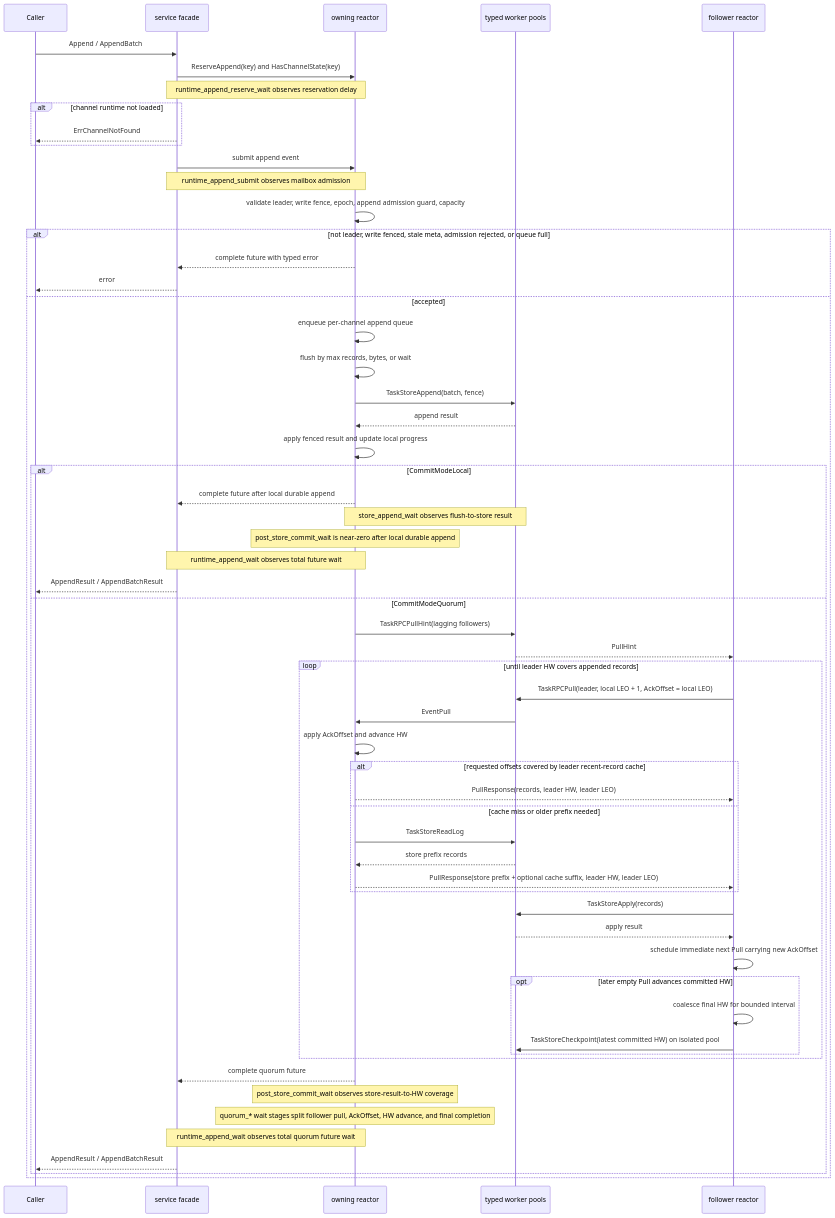
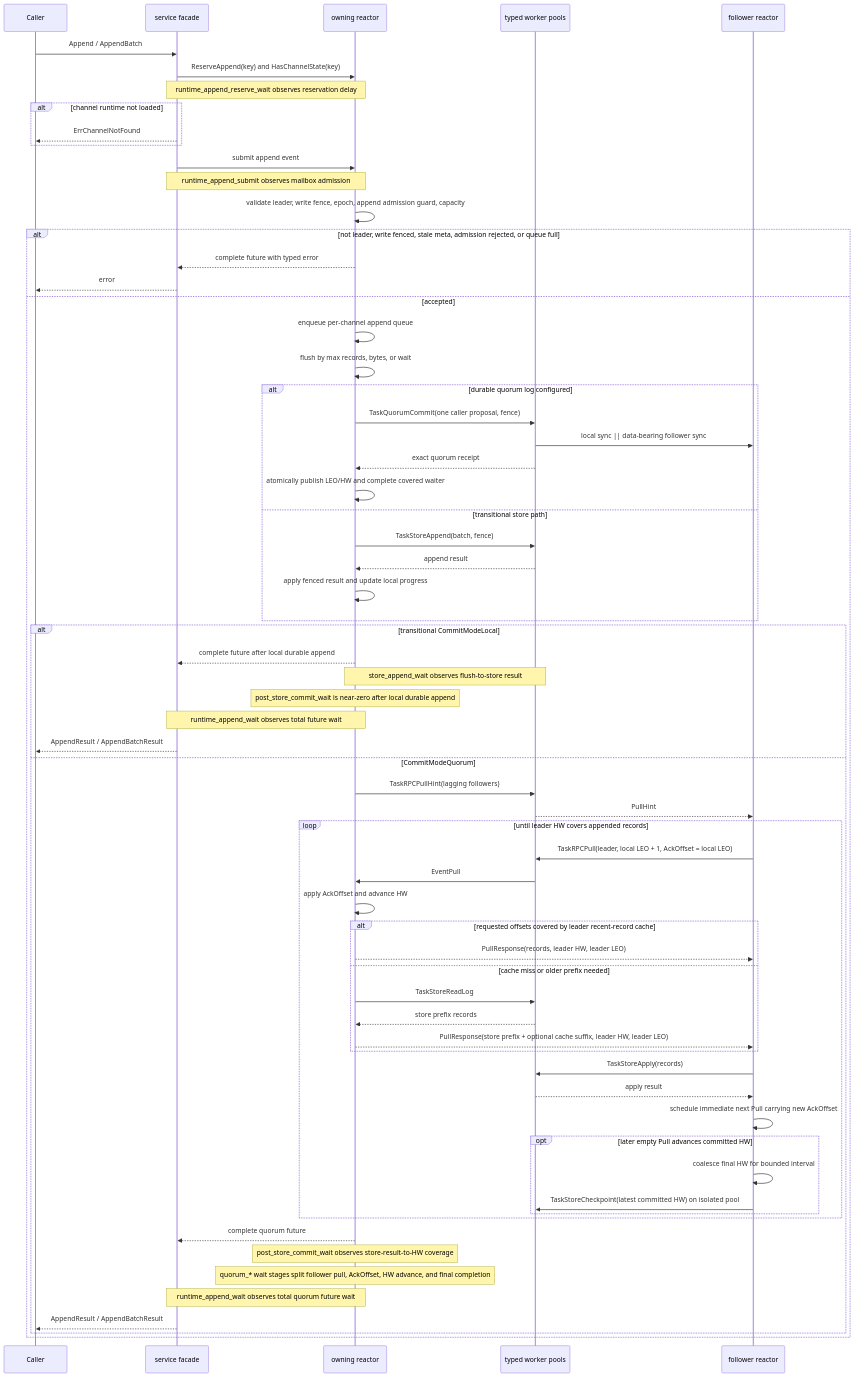
The first of 2 diagrams in pkg/channel/FLOW.md (WuKongIM/WuKongIM), drawn with Mermaid before and after one commit. The commit also changed other lines of this file and 27 other files, not shown here.

Commit message:
feat(channel): route leader appends through quorum log

````diff
--- a/pkg/channel/FLOW.md
+++ b/pkg/channel/FLOW.md
@@ -27,63 +27,70 @@
 ```mermaid
 sequenceDiagram
     participant Caller
     participant Service as service facade
     participant Reactor as owning reactor
     participant Workers as typed worker pools
     participant Follower as follower reactor
 
     Caller->>Service: Append / AppendBatch
     Service->>Reactor: ReserveAppend(key) and HasChannelState(key)
     Note over Service,Reactor: runtime_append_reserve_wait observes reservation delay
     alt channel runtime not loaded
         Service-->>Caller: ErrChannelNotFound
     end
     Service->>Reactor: submit append event
     Note over Service,Reactor: runtime_append_submit observes mailbox admission
     Reactor->>Reactor: validate leader, write fence, epoch, append admission guard, capacity
     alt not leader, write fenced, stale meta, admission rejected, or queue full
         Reactor-->>Service: complete future with typed error
         Service-->>Caller: error
     else accepted
         Reactor->>Reactor: enqueue per-channel append queue
         Reactor->>Reactor: flush by max records, bytes, or wait
-        Reactor->>Workers: TaskStoreAppend(batch, fence)
-        Workers-->>Reactor: append result
-        Reactor->>Reactor: apply fenced result and update local progress
+        alt durable quorum log configured
+            Reactor->>Workers: TaskQuorumCommit(one caller proposal, fence)
+            Workers->>Follower: local sync || data-bearing follower sync
+            Workers-->>Reactor: exact quorum receipt
+            Reactor->>Reactor: atomically publish LEO/HW and complete covered waiter
+        else transitional store path
+            Reactor->>Workers: TaskStoreAppend(batch, fence)
+            Workers-->>Reactor: append result
+            Reactor->>Reactor: apply fenced result and update local progress
+        end
 
-        alt CommitModeLocal
+        alt transitional CommitModeLocal
             Reactor-->>Service: complete future after local durable append
             Note over Reactor,Workers: store_append_wait observes flush-to-store result
             Note over Reactor: post_store_commit_wait is near-zero after local durable append
             Note over Service,Reactor: runtime_append_wait observes total future wait
             Service-->>Caller: AppendResult / AppendBatchResult
         else CommitModeQuorum
             Reactor->>Workers: TaskRPCPullHint(lagging followers)
             Workers-->>Follower: PullHint
             loop until leader HW covers appended records
                 Follower->>Workers: TaskRPCPull(leader, local LEO + 1, AckOffset = local LEO)
                 Workers->>Reactor: EventPull
                 Reactor->>Reactor: apply AckOffset and advance HW
                 alt requested offsets covered by leader recent-record cache
                     Reactor-->>Follower: PullResponse(records, leader HW, leader LEO)
                 else cache miss or older prefix needed
                     Reactor->>Workers: TaskStoreReadLog
                     Workers-->>Reactor: store prefix records
                     Reactor-->>Follower: PullResponse(store prefix + optional cache suffix, leader HW, leader LEO)
                 end
                 Follower->>Workers: TaskStoreApply(records)
                 Workers-->>Follower: apply result
                 Follower->>Follower: schedule immediate next Pull carrying new AckOffset
                 opt later empty Pull advances committed HW
                     Follower->>Follower: coalesce final HW for bounded interval
                     Follower->>Workers: TaskStoreCheckpoint(latest committed HW) on isolated pool
                 end
             end
             Reactor-->>Service: complete quorum future
             Note over Reactor: post_store_commit_wait observes store-result-to-HW coverage
             Note over Reactor: quorum_* wait stages split follower pull, AckOffset, HW advance, and final completion
             Note over Service,Reactor: runtime_append_wait observes total quorum future wait
             Service-->>Caller: AppendResult / AppendBatchResult
         end
     end
 ```
````
